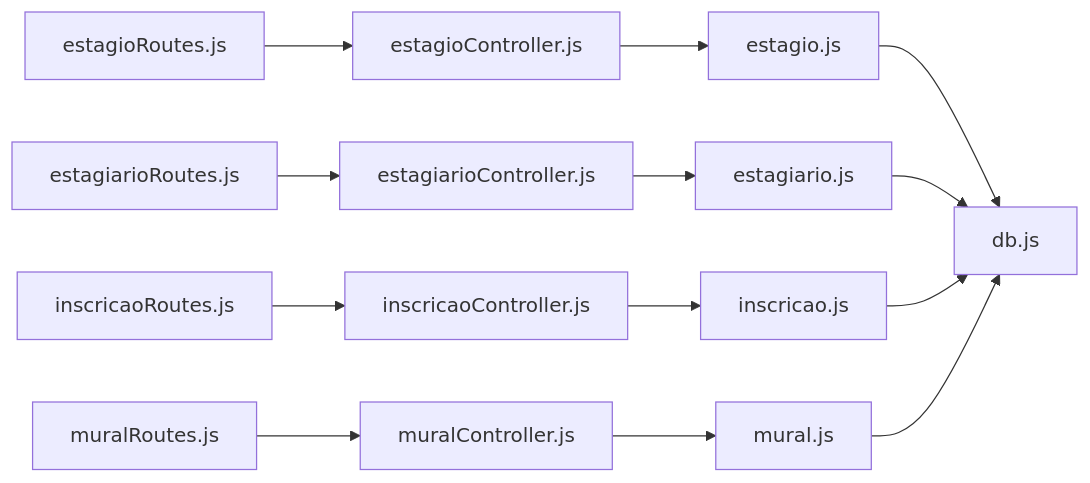
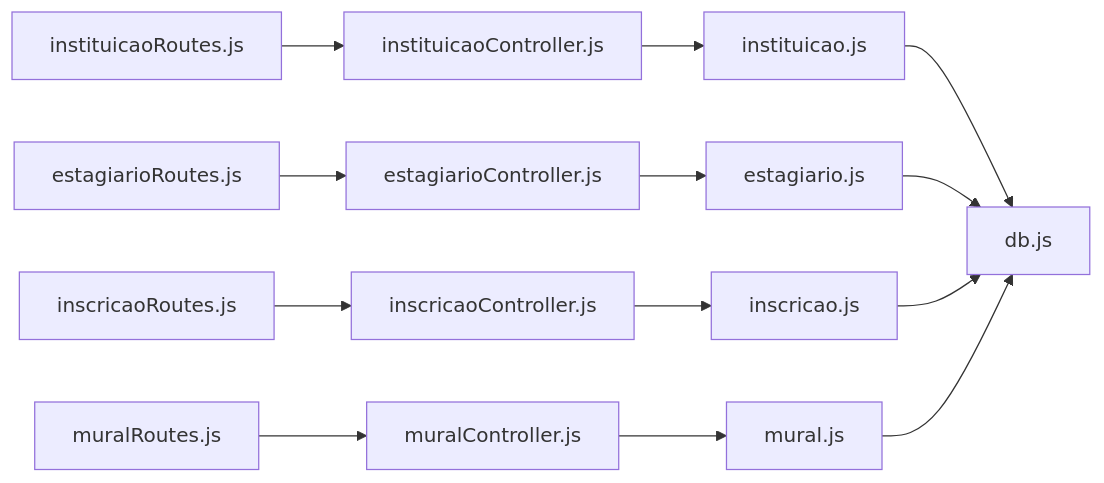
One commit to luiseduacosta/nodemural changed the fourth of 4 diagrams in .qoder/repowiki/en/content/Data Models & Database Design/Student & Internship Models.md. Above: the diagram before and after it, drawn with Mermaid. The commit also changed other lines of this file and 25 other files, not shown here.

````diff
--- a/.qoder/repowiki/en/content/Data Models & Database Design/Student & Internship Models.md
+++ b/.qoder/repowiki/en/content/Data Models & Database Design/Student & Internship Models.md
@@ -480,15 +480,15 @@
 ```mermaid
 graph LR
-R1["estagioRoutes.js"] --> C1["estagioController.js"]
+R1["instituicaoRoutes.js"] --> C1["instituicaoController.js"]
 R2["estagiarioRoutes.js"] --> C2["estagiarioController.js"]
 R3["inscricaoRoutes.js"] --> C3["inscricaoController.js"]
 R4["muralRoutes.js"] --> C4["muralController.js"]
-C1 --> M1["estagio.js"]
+C1 --> M1["instituicao.js"]
 C2 --> M2["estagiario.js"]
 C3 --> M3["inscricao.js"]
 C4 --> M4["mural.js"]
 M1 --> DB["db.js"]
 M2 --> DB
 M3 --> DB
 M4 --> DB
 ```
````
